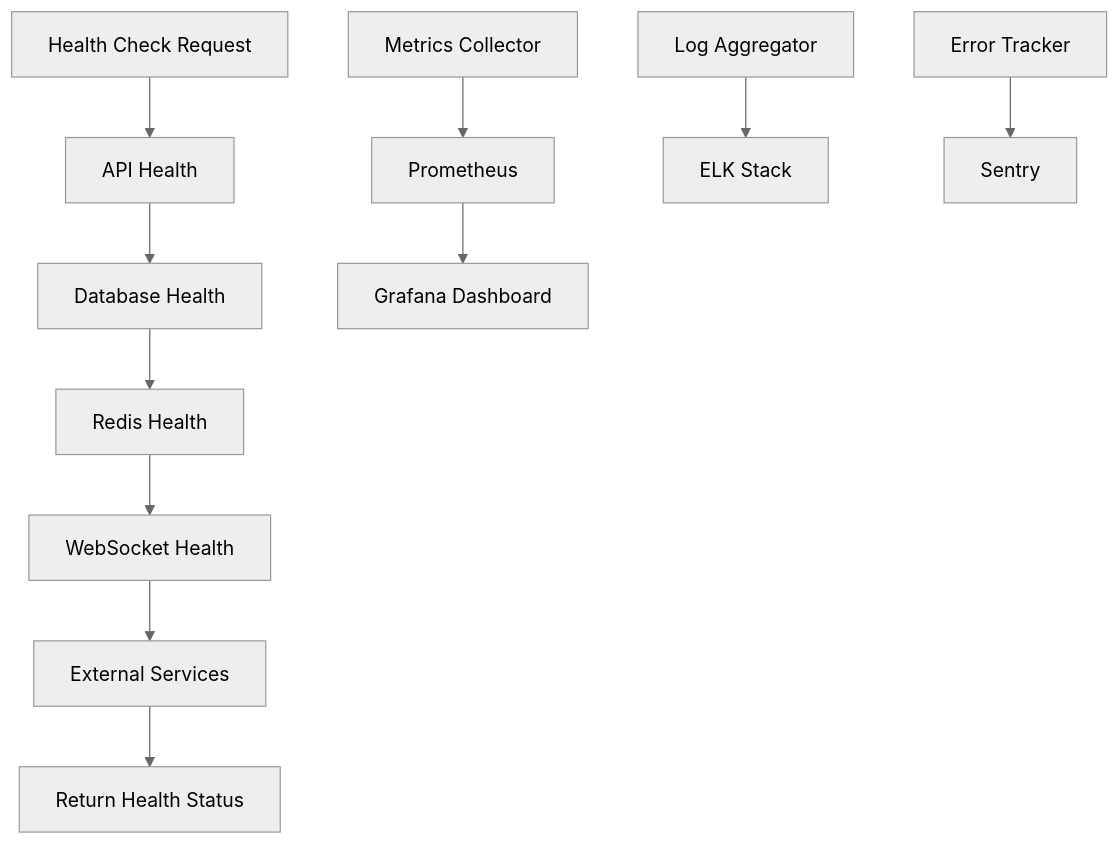
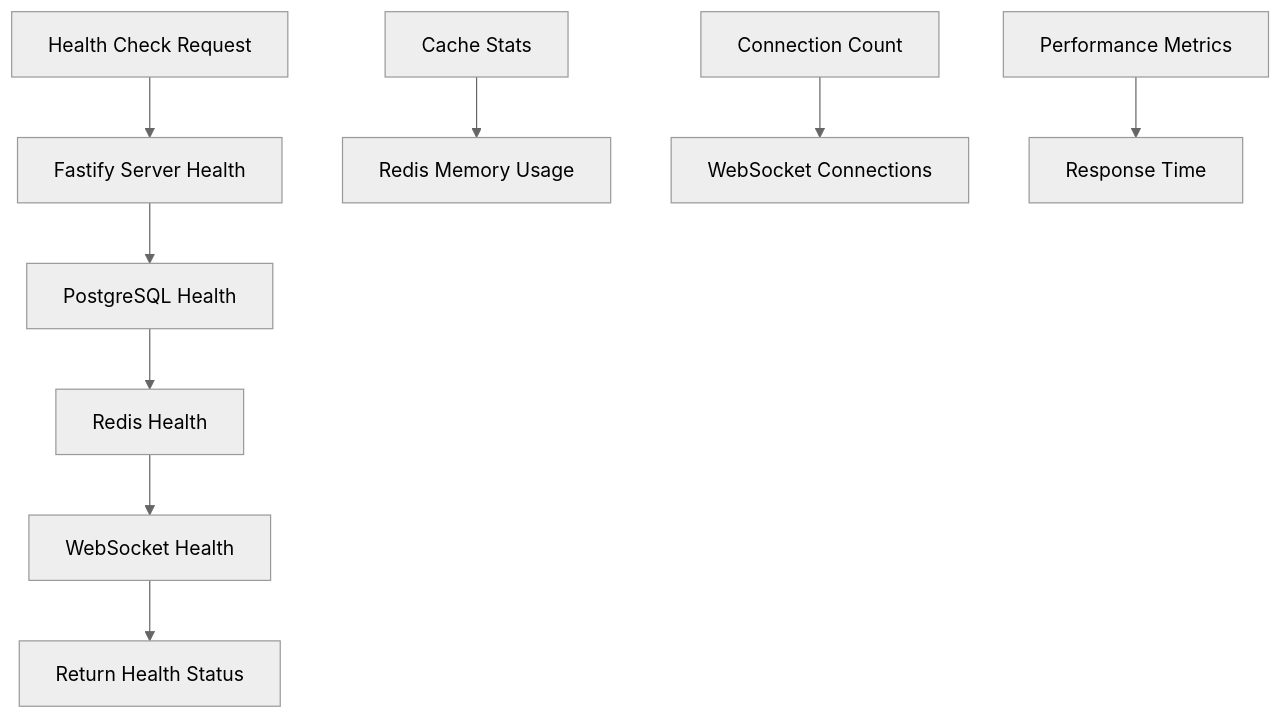
Diagram 14 of 22 in src/problem6/docs/FLOW_DIAGRAM.md (hashcott/code-challenge), drawn with Mermaid (neutral theme) before and after one commit. The commit also changed other lines of this file, not shown here.

Commit message:
docs: update flow

````diff
--- a/src/problem6/docs/FLOW_DIAGRAM.md
+++ b/src/problem6/docs/FLOW_DIAGRAM.md
@@ -305,14 +329,12 @@
 ```mermaid
 graph TB
-    A[Health Check Request] --> B[API Health]
-    B --> C[Database Health]
+    A[Health Check Request] --> B[Fastify Server Health]
+    B --> C[PostgreSQL Health]
     C --> D[Redis Health]
     D --> E[WebSocket Health]
-    E --> F[External Services]
-    F --> G[Return Health Status]
+    E --> F[Return Health Status]
     
-    H[Metrics Collector] --> I[Prometheus]
-    I --> J[Grafana Dashboard]
-    K[Log Aggregator] --> L[ELK Stack]
-    M[Error Tracker] --> N[Sentry]
+    G[Cache Stats] --> H[Redis Memory Usage]
+    I[Connection Count] --> J[WebSocket Connections]
+    K[Performance Metrics] --> L[Response Time]
 ```
````
